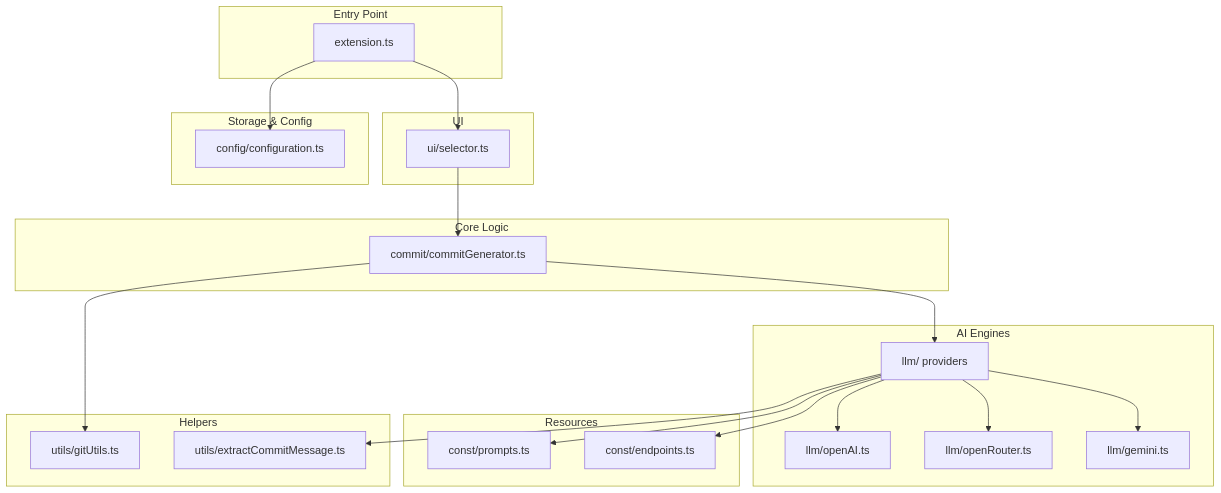
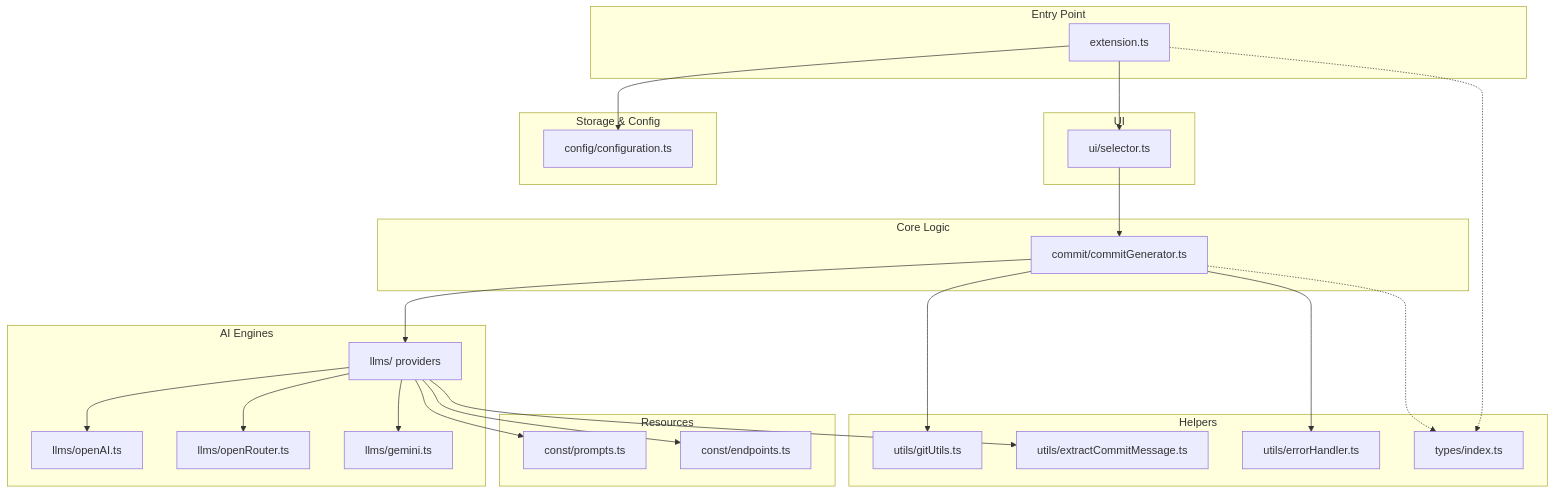
Before and after one commit to manojbelbase/committor: the second of 2 diagrams in README.md, drawn with Mermaid. The commit also changed other lines of this file and 11 other files, not shown here.

Commit message:
refactor(core): Restructure directories, add types and error handling

````diff
--- a/README.md
+++ b/README.md
@@ -115,47 +116,52 @@
 ```mermaid
 graph TD
     subgraph "Entry Point"
         Ext["extension.ts"]
     end
 
     subgraph "UI"
         Selector["ui/selector.ts"]
     end
 
     subgraph "Core Logic"
         Generator["commit/commitGenerator.ts"]
     end
 
     subgraph "AI Engines"
-        LLM["llm/ providers"]
-        OpenAI["llm/openAI.ts"]
-        OpenRouter["llm/openRouter.ts"]
-        Gemini["llm/gemini.ts"]
+        LLM["llms/ providers"]
+        OpenAI["llms/openAI.ts"]
+        OpenRouter["llms/openRouter.ts"]
+        Gemini["llms/gemini.ts"]
     end
 
     subgraph "Storage & Config"
         Config["config/configuration.ts"]
     end
 
     subgraph "Resources"
         Prompts["const/prompts.ts"]
         Endpoints["const/endpoints.ts"]
     end
 
     subgraph "Helpers"
         Git["utils/gitUtils.ts"]
         Extract["utils/extractCommitMessage.ts"]
+        Error["utils/errorHandler.ts"]
+        Types["types/index.ts"]
     end
 
     Ext --> Selector
     Selector --> Generator
     Ext --> Config
     Generator --> Git
     Generator --> LLM
+    Generator --> Error
     LLM --> OpenAI
     LLM --> OpenRouter
     LLM --> Gemini
     LLM --> Endpoints
     LLM --> Prompts
     LLM --> Extract
+    Ext -.-> Types
+    Generator -.-> Types
 ```
````
